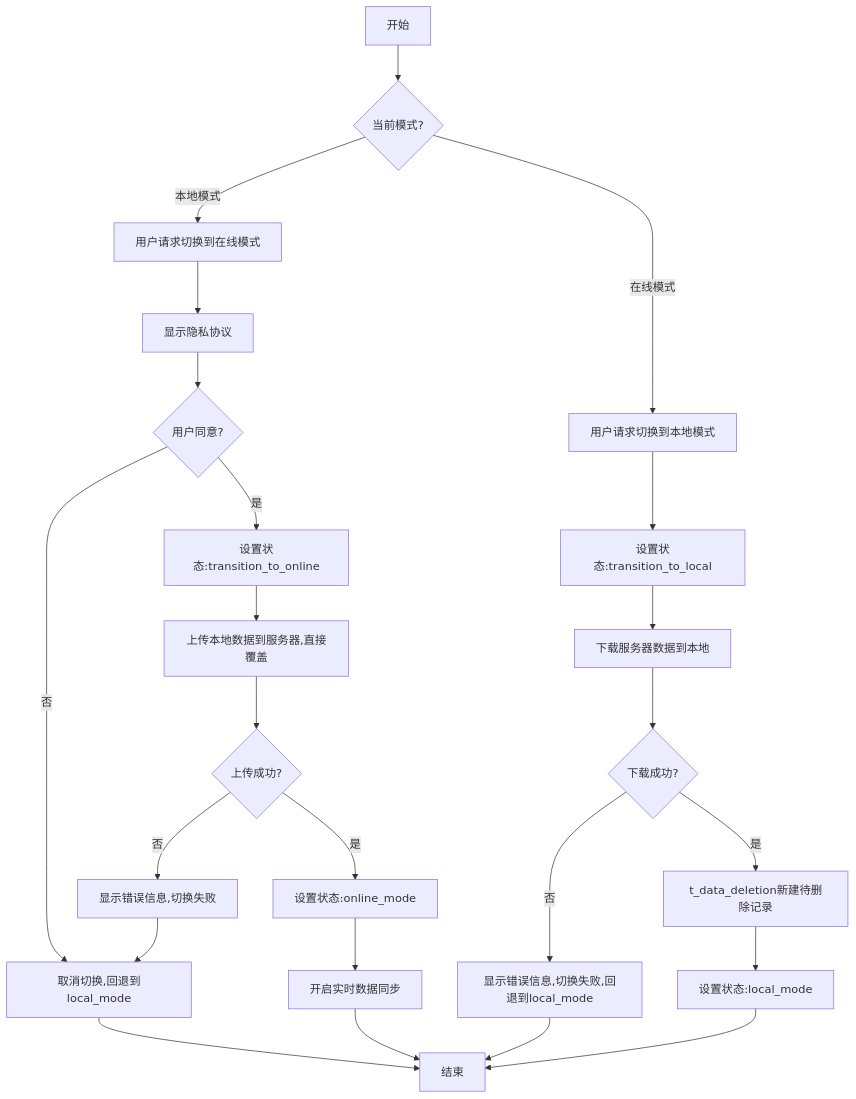
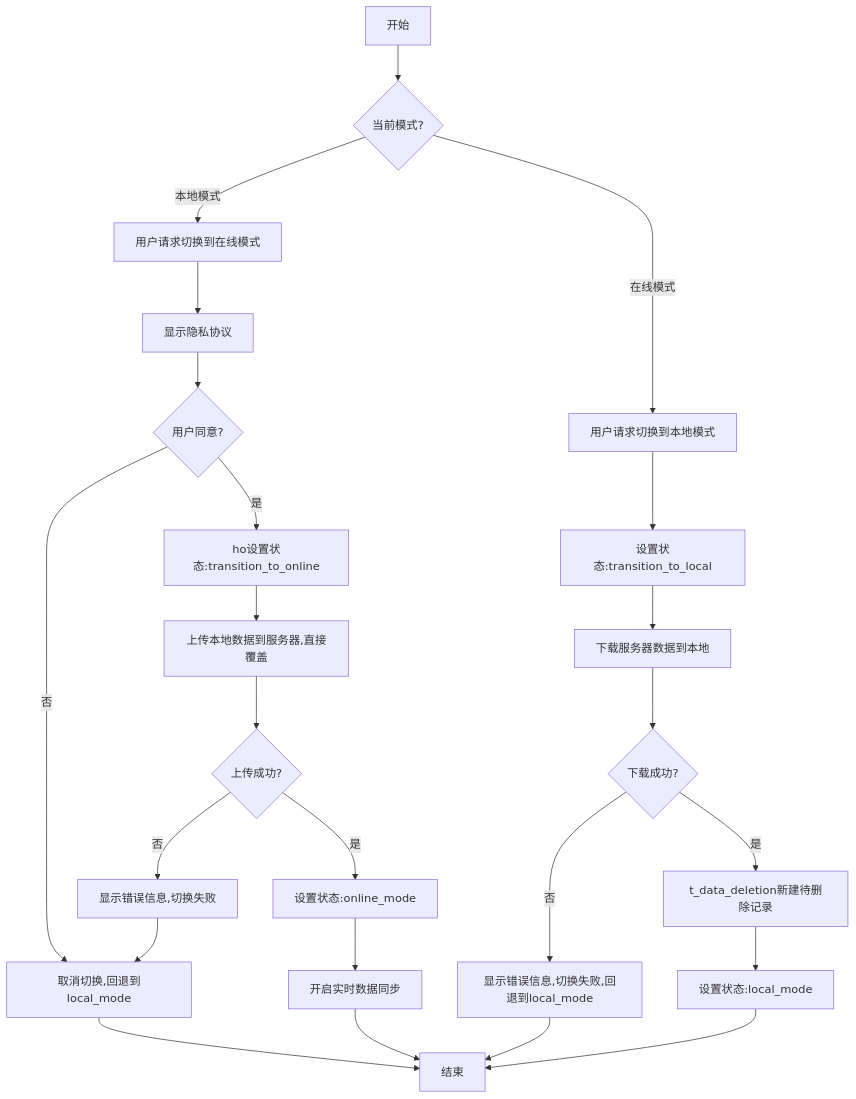
One commit to yingjianzh/iodraw-files changed the diagram in all/未命名-58.md. Above: the diagram before and after it, drawn with Mermaid.

Commit message:
2025-05-14 09:36:48 update

````diff
--- a/all/未命名-58.md
+++ b/all/未命名-58.md
@@ -1,33 +1,33 @@
 ```mermaid
 
 flowchart TD
     A[开始] --> B{当前模式?}
     
     B -->|本地模式| C[用户请求切换到在线模式]
     C --> F[显示隐私协议]
     F --> G{用户同意?}
     G -->|否| H[取消切换,回退到local_mode]
     H --> Z[结束]
-    G -->|是| I[设置状态:transition_to_online]
+    G -->|是| I[ho设置状态:transition_to_online]
     I --> O[上传本地数据到服务器,直接覆盖]
     O --> P{上传成功?}
     P -->|否| Q[显示错误信息,切换失败]
     Q --> H
     P -->|是| R[设置状态:online_mode]
     R --> S[开启实时数据同步]
     S --> Z
     
     B -->|在线模式| T[用户请求切换到本地模式]
     T --> U[设置状态:transition_to_local]
     U --> X[下载服务器数据到本地]
     X --> Y{下载成功?}
     Y -->|否| AA2[显示错误信息,切换失败,回退到local_mode]
     AA2 --> Z
     Y -->|是| AB2[t_data_deletion新建待删除记录]
 
 
 
     AB2 -->AE[设置状态:local_mode]
     AE --> Z
 
 ```
````
